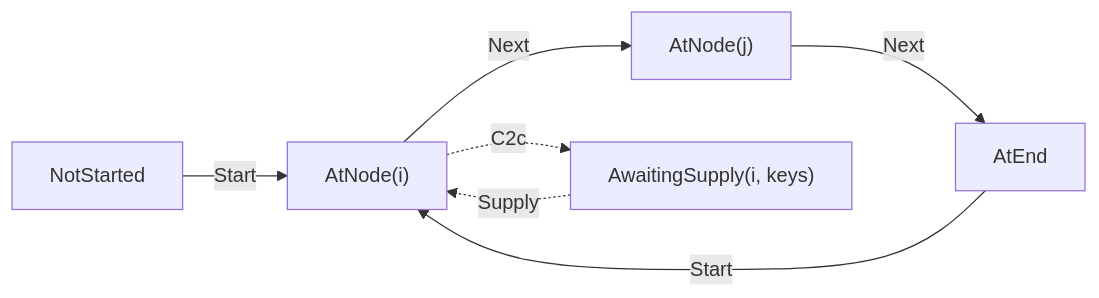
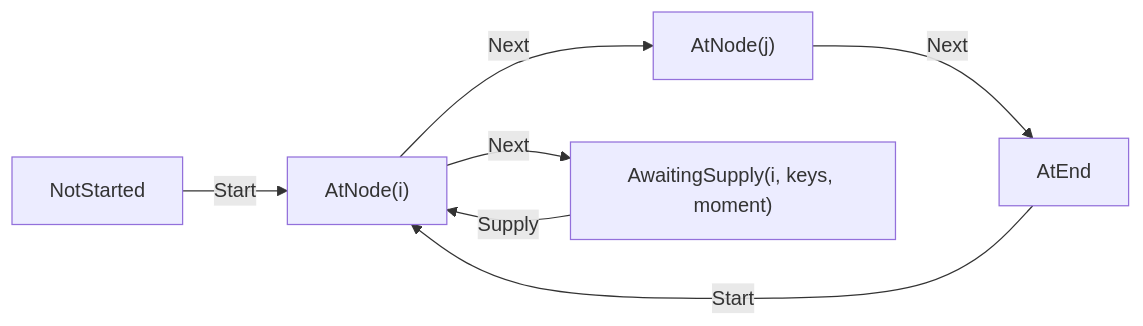
The diagram in docs/contributing/design-notes/runtime/Runtime Core.md (pengzhengyi/dialoguedown), drawn with Mermaid before and after one commit. The commit also changed other lines of this file and 86 other files, not shown here.

````diff
--- a/docs/contributing/design-notes/runtime/Runtime Core.md
+++ b/docs/contributing/design-notes/runtime/Runtime Core.md
@@ -132,9 +134,9 @@
 ```mermaid
 flowchart LR
     NS["NotStarted"] -->|"Start"| AT["AtNode(i)"]
     AT -->|"Next"| AT2["AtNode(j)"]
     AT2 -->|"Next"| ENDED["AtEnd"]
     ENDED -->|"Start"| AT
-    AT -. "C2c" .-> ASK["AwaitingSupply(i, keys)"]
-    ASK -. "Supply" .-> AT
+    AT -->|"Next"| ASK["AwaitingSupply(i, keys, moment)"]
+    ASK -->|"Supply"| AT
 ```
````
